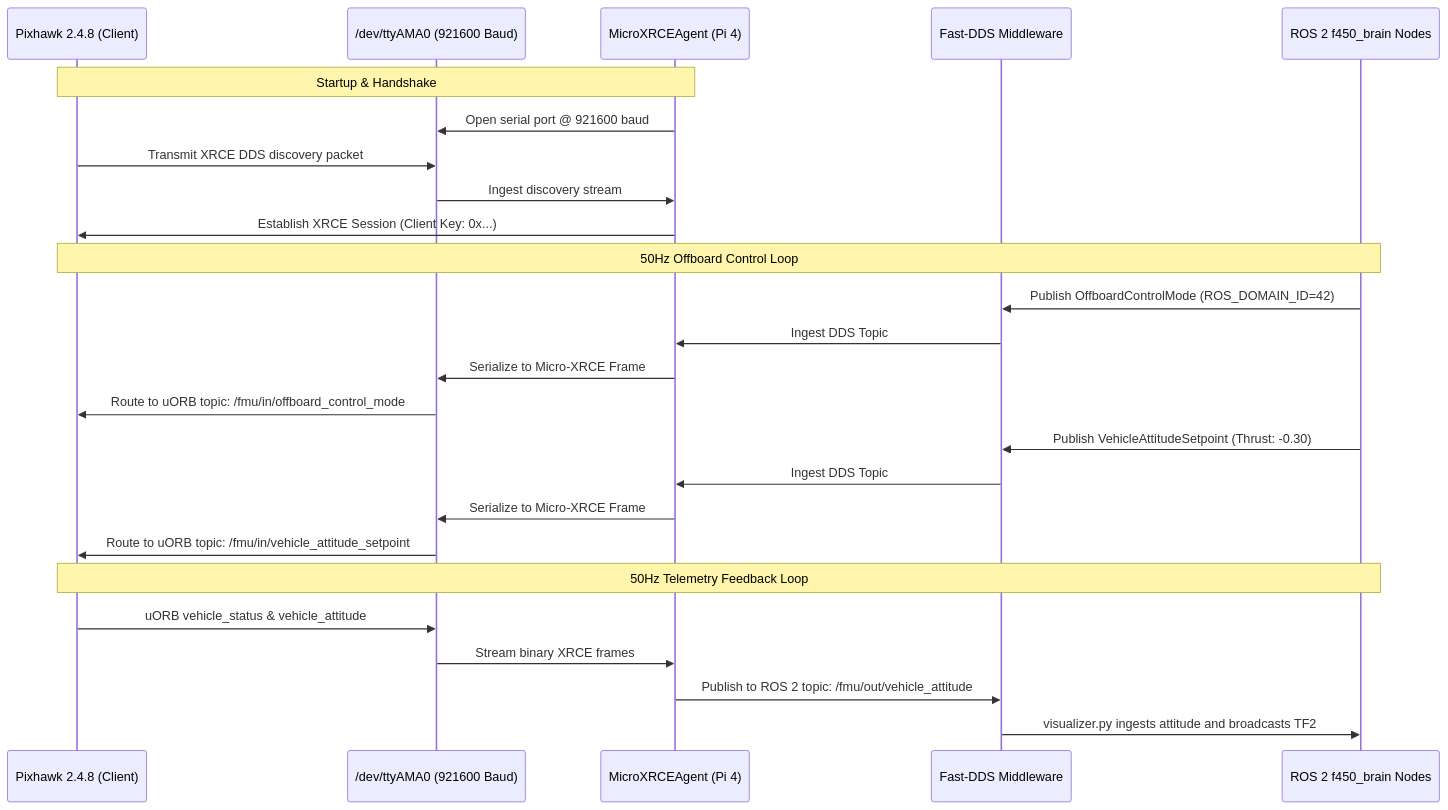
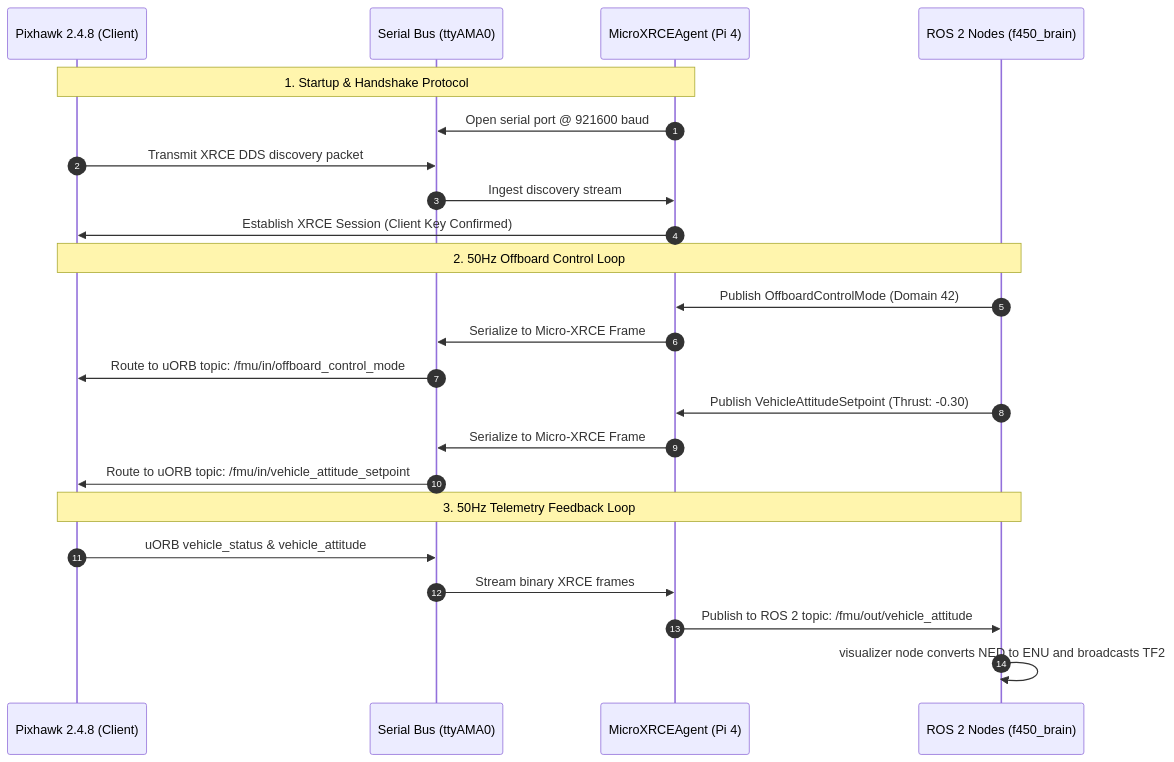
One commit to namanharshwal/px-2.4.8_drone_ros2_humble changed the second of 2 diagrams in README.md. Above: the diagram before and after it, drawn with Mermaid. The commit also changed other lines of this file, not shown here.

Commit message:
docs: Fix mermaid diagram syntax, replace raw HTML image tags with universal markdown tables, and ensure 100% visibility

````diff
--- a/README.md
+++ b/README.md
@@ -255,31 +259,29 @@
 ```mermaid
 sequenceDiagram
+    autonumber
     participant PX4 as Pixhawk 2.4.8 (Client)
-    participant UART as /dev/ttyAMA0 (921600 Baud)
+    participant UART as Serial Bus (ttyAMA0)
     participant AGENT as MicroXRCEAgent (Pi 4)
-    participant FAST as Fast-DDS Middleware
-    participant ROS as ROS 2 f450_brain Nodes
+    participant ROS as ROS 2 Nodes (f450_brain)
 
-    Note over PX4,AGENT: Startup & Handshake
+    Note over PX4,AGENT: 1. Startup & Handshake Protocol
     AGENT->>UART: Open serial port @ 921600 baud
     PX4->>UART: Transmit XRCE DDS discovery packet
     UART->>AGENT: Ingest discovery stream
-    AGENT->>PX4: Establish XRCE Session (Client Key: 0x...)
+    AGENT->>PX4: Establish XRCE Session (Client Key Confirmed)
 
-    Note over PX4,ROS: 50Hz Offboard Control Loop
-    ROS->>FAST: Publish OffboardControlMode (ROS_DOMAIN_ID=42)
-    FAST->>AGENT: Ingest DDS Topic
+    Note over PX4,ROS: 2. 50Hz Offboard Control Loop
+    ROS->>AGENT: Publish OffboardControlMode (Domain 42)
     AGENT->>UART: Serialize to Micro-XRCE Frame
     UART->>PX4: Route to uORB topic: /fmu/in/offboard_control_mode
 
-    ROS->>FAST: Publish VehicleAttitudeSetpoint (Thrust: -0.30)
-    FAST->>AGENT: Ingest DDS Topic
+    ROS->>AGENT: Publish VehicleAttitudeSetpoint (Thrust: -0.30)
     AGENT->>UART: Serialize to Micro-XRCE Frame
     UART->>PX4: Route to uORB topic: /fmu/in/vehicle_attitude_setpoint
 
-    Note over PX4,ROS: 50Hz Telemetry Feedback Loop
+    Note over PX4,ROS: 3. 50Hz Telemetry Feedback Loop
     PX4->>UART: uORB vehicle_status & vehicle_attitude
     UART->>AGENT: Stream binary XRCE frames
-    AGENT->>FAST: Publish to ROS 2 topic: /fmu/out/vehicle_attitude
-    FAST->>ROS: visualizer.py ingests attitude and broadcasts TF2
+    AGENT->>ROS: Publish to ROS 2 topic: /fmu/out/vehicle_attitude
+    ROS->>ROS: visualizer node converts NED to ENU and broadcasts TF2
 ```
````
